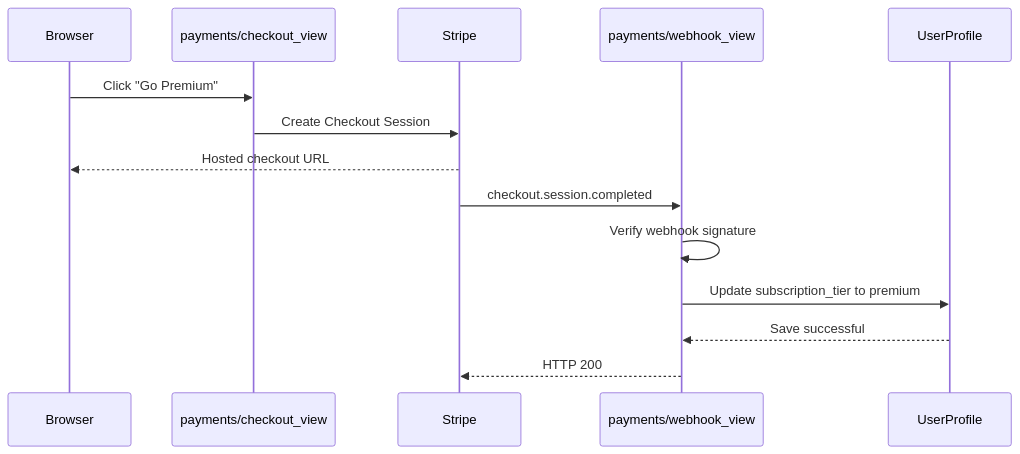
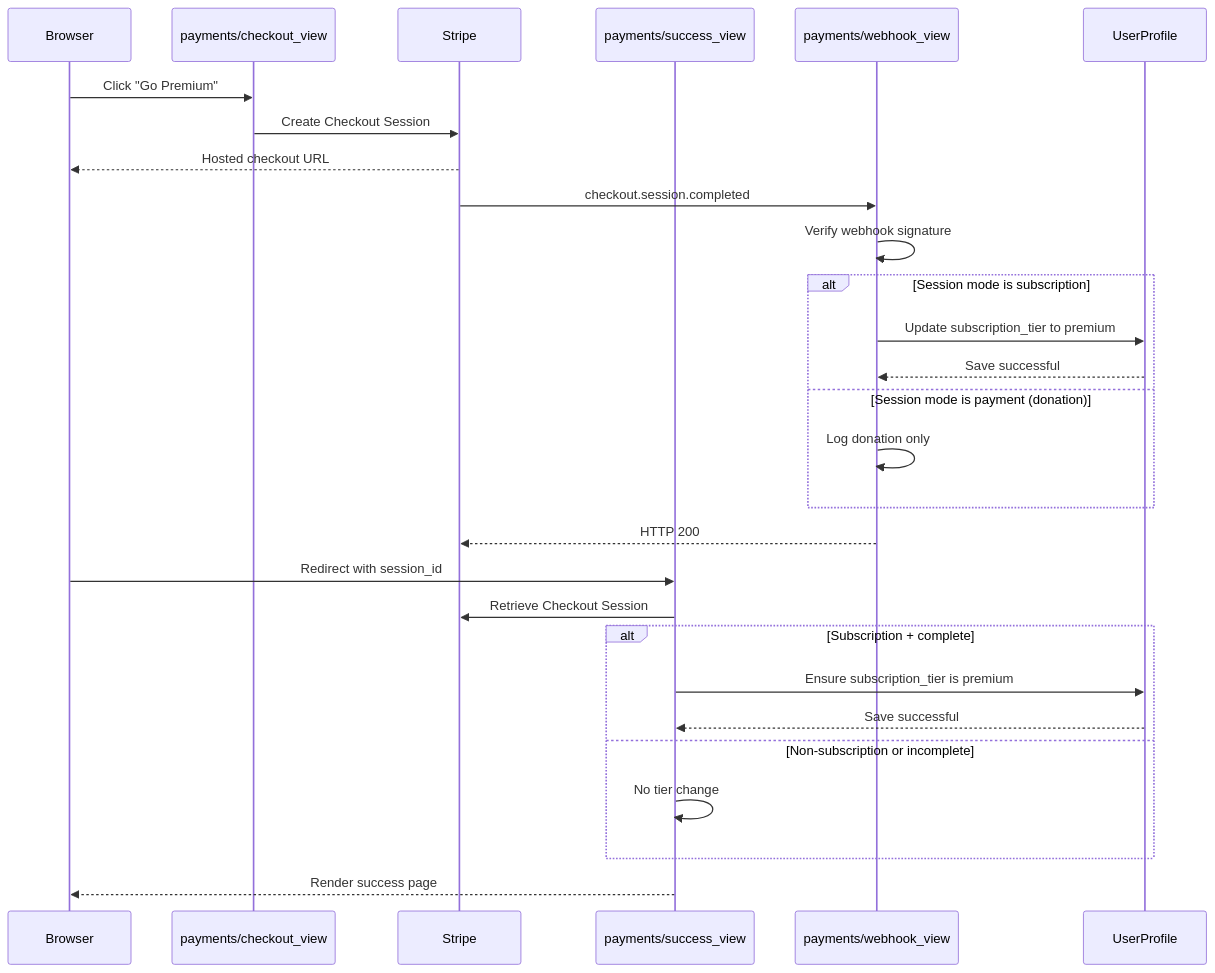
One commit to Shezmoin/Mindly changed the diagram in README.md. Above: the diagram before and after it, drawn with Mermaid. The commit also changed other lines of this file, not shown here.

Commit message:
docs: align sequence flow and project structure with current implementation

````diff
--- a/README.md
+++ b/README.md
@@ -558,17 +562,32 @@
 ```mermaid
 sequenceDiagram
   participant Browser
   participant DjangoView as payments/checkout_view
   participant Stripe
+  participant Success as payments/success_view
   participant Webhook as payments/webhook_view
   participant DB as UserProfile
 
   Browser->>DjangoView: Click "Go Premium"
   DjangoView->>Stripe: Create Checkout Session
   Stripe-->>Browser: Hosted checkout URL
   Stripe->>Webhook: checkout.session.completed
   Webhook->>Webhook: Verify webhook signature
-  Webhook->>DB: Update subscription_tier to premium
-  DB-->>Webhook: Save successful
+  alt Session mode is subscription
+    Webhook->>DB: Update subscription_tier to premium
+    DB-->>Webhook: Save successful
+  else Session mode is payment (donation)
+    Webhook->>Webhook: Log donation only
+  end
   Webhook-->>Stripe: HTTP 200
+
+  Browser->>Success: Redirect with session_id
+  Success->>Stripe: Retrieve Checkout Session
+  alt Subscription + complete
+    Success->>DB: Ensure subscription_tier is premium
+    DB-->>Success: Save successful
+  else Non-subscription or incomplete
+    Success->>Success: No tier change
+  end
+  Success-->>Browser: Render success page
 ```
````
